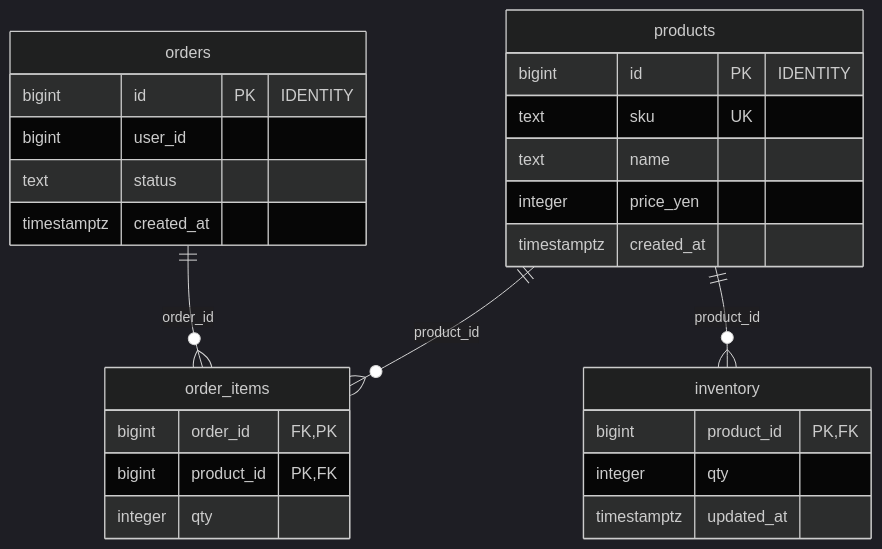
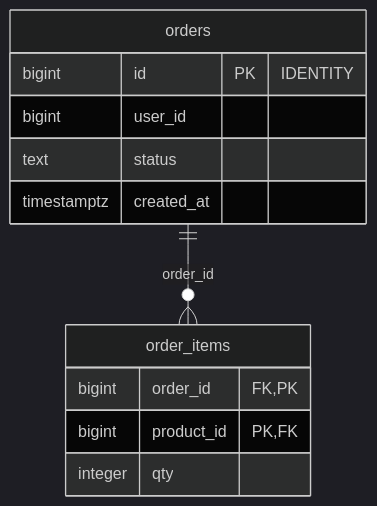
One commit to driftnode986/postgresql-db-design-samples changed the third of 9 diagrams in ch05_order_and_inventory/README.md. Above: the diagram before and after it, drawn with Mermaid (dark theme). The commit also changed other lines of this file and 15 other files, not shown here.

First line of the commit message:
docs: 設計案の構成図を縦並びにし、幅の広い ER 図を分けて、GitHub で縮まない大きさにする

````diff
--- a/ch05_order_and_inventory/README.md
+++ b/ch05_order_and_inventory/README.md
@@ -72,29 +53,15 @@
 ```mermaid
 erDiagram
-  inventory {
-    bigint product_id PK, FK
-    integer qty
-    timestamptz updated_at
-  }
   order_items {
     bigint order_id FK, PK
     bigint product_id PK, FK
     integer qty
   }
   orders {
     bigint id PK "IDENTITY"
     bigint user_id
     text status
     timestamptz created_at
   }
-  products {
-    bigint id PK "IDENTITY"
-    text sku UK
-    text name
-    integer price_yen
-    timestamptz created_at
-  }
-  products ||--o{ inventory : "product_id"
   orders ||--o{ order_items : "order_id"
-  products ||--o{ order_items : "product_id"
 ```
````
